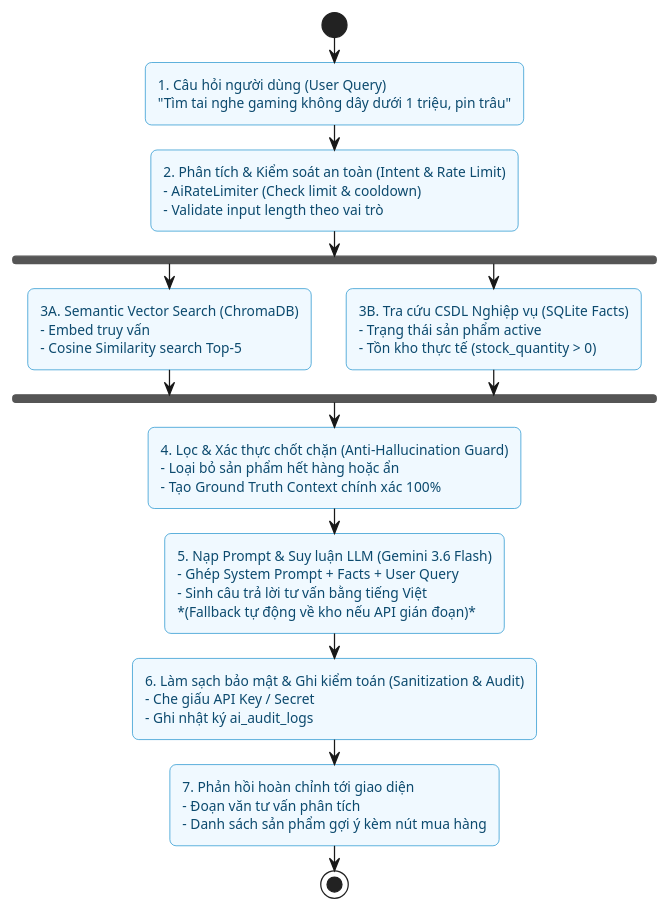
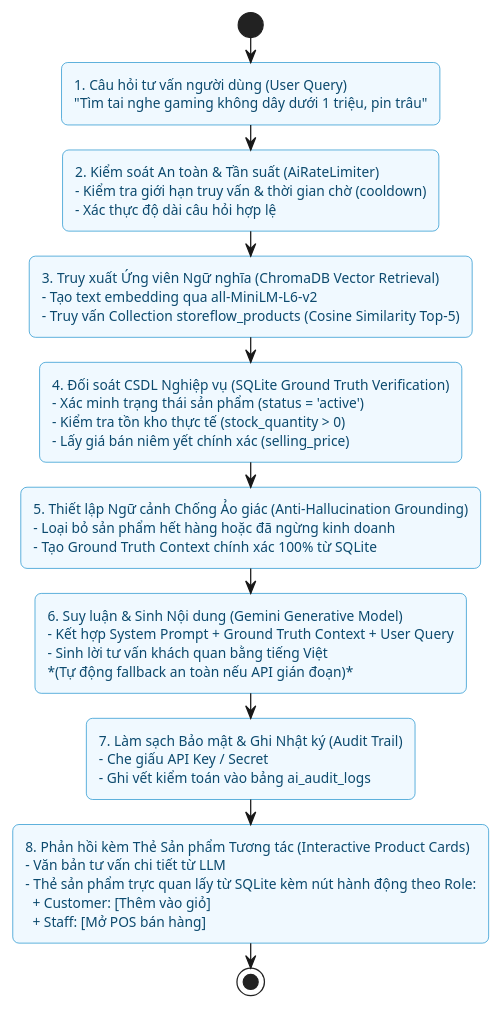
Before and after one commit to Leoth01O2/WebStoreAI: the diagram in docs/diagrams/slide-rag-flow.puml, drawn with PlantUML. The commit also changed 41 other files, not shown here.

```diff
--- a/docs/diagrams/slide-rag-flow.puml
+++ b/docs/diagrams/slide-rag-flow.puml
@@ -1,32 +1,30 @@
 @startuml
 skinparam defaultFontName "Arial"
 skinparam shadowing false
 skinparam roundcorner 10
 
 skinparam activity {
     BackgroundColor #F0F9FF
     BorderColor #0284C7
     FontColor #0C4A6E
     FontSize 11
 }
 
 start
-:1. Câu hỏi người dùng (User Query)\n"Tìm tai nghe gaming không dây dưới 1 triệu, pin trâu";
+:1. Câu hỏi tư vấn người dùng (User Query)\n"Tìm tai nghe gaming không dây dưới 1 triệu, pin trâu";
 
-:2. Phân tích & Kiểm soát an toàn (Intent & Rate Limit)\n- AiRateLimiter (Check limit & cooldown)\n- Validate input length theo vai trò;
+:2. Kiểm soát An toàn & Tần suất (AiRateLimiter)\n- Kiểm tra giới hạn truy vấn & thời gian chờ (cooldown)\n- Xác thực độ dài câu hỏi hợp lệ;
 
-fork
-    :3A. Semantic Vector Search (ChromaDB)\n- Embed truy vấn\n- Cosine Similarity search Top-5;
-fork again
-    :3B. Tra cứu CSDL Nghiệp vụ (SQLite Facts)\n- Trạng thái sản phẩm active\n- Tồn kho thực tế (stock_quantity > 0);
-end fork
+:3. Truy xuất Ứng viên Ngữ nghĩa (ChromaDB Vector Retrieval)\n- Tạo text embedding qua all-MiniLM-L6-v2\n- Truy vấn Collection storeflow_products (Cosine Similarity Top-5);
 
-:4. Lọc & Xác thực chốt chặn (Anti-Hallucination Guard)\n- Loại bỏ sản phẩm hết hàng hoặc ẩn\n- Tạo Ground Truth Context chính xác 100%;
+:4. Đối soát CSDL Nghiệp vụ (SQLite Ground Truth Verification)\n- Xác minh trạng thái sản phẩm (status = 'active')\n- Kiểm tra tồn kho thực tế (stock_quantity > 0)\n- Lấy giá bán niêm yết chính xác (selling_price);
 
-:5. Nạp Prompt & Suy luận LLM (Gemini 3.6 Flash)\n- Ghép System Prompt + Facts + User Query\n- Sinh câu trả lời tư vấn bằng tiếng Việt\n*(Fallback tự động về kho nếu API gián đoạn)*;
+:5. Thiết lập Ngữ cảnh Chống Ảo giác (Anti-Hallucination Grounding)\n- Loại bỏ sản phẩm hết hàng hoặc đã ngừng kinh doanh\n- Tạo Ground Truth Context chính xác 100% từ SQLite;
 
-:6. Làm sạch bảo mật & Ghi kiểm toán (Sanitization & Audit)\n- Che giấu API Key / Secret\n- Ghi nhật ký ai_audit_logs;
+:6. Suy luận & Sinh Nội dung (Gemini Generative Model)\n- Kết hợp System Prompt + Ground Truth Context + User Query\n- Sinh lời tư vấn khách quan bằng tiếng Việt\n*(Tự động fallback an toàn nếu API gián đoạn)*;
 
-:7. Phản hồi hoàn chỉnh tới giao diện\n- Đoạn văn tư vấn phân tích\n- Danh sách sản phẩm gợi ý kèm nút mua hàng;
+:7. Làm sạch Bảo mật & Ghi Nhật ký (Audit Trail)\n- Che giấu API Key / Secret\n- Ghi vết kiểm toán vào bảng ai_audit_logs;
+
+:8. Phản hồi kèm Thẻ Sản phẩm Tương tác (Interactive Product Cards)\n- Văn bản tư vấn chi tiết từ LLM\n- Thẻ sản phẩm trực quan lấy từ SQLite kèm nút hành động theo Role:\n  + Customer: [Thêm vào giỏ]\n  + Staff: [Mở POS bán hàng];
 stop
 @enduml
```
